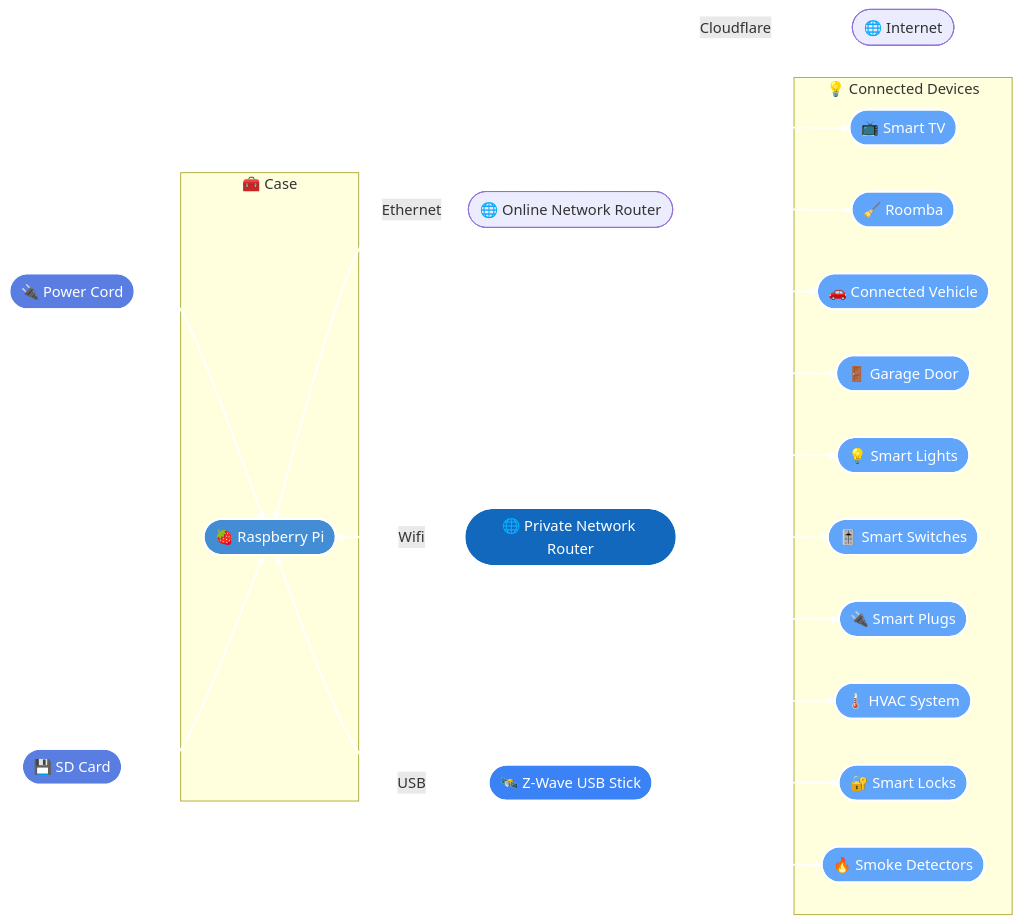
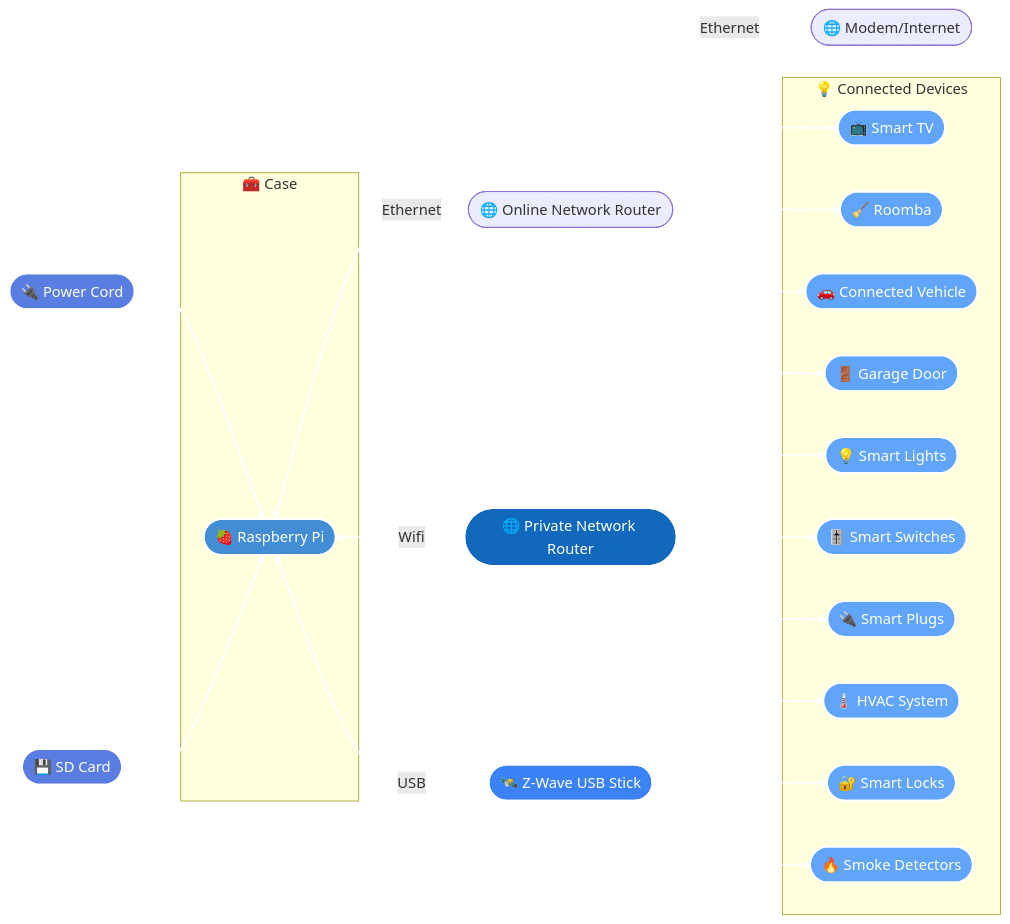
One commit to lauren-cordova/home-assistant changed the diagram in README.md. Above: the diagram before and after it, drawn with Mermaid.

````diff
--- a/README.md
+++ b/README.md
@@ -24,56 +24,56 @@
 ```mermaid
 flowchart LR
     PWR([🔌 Power Cord])
     SD([💾 SD Card])
     ONET([🌐 Online Network Router])
     NET([🌐 Private Network Router])
-    INET([🌐 Internet])
+    INET([🌐 Modem/Internet])
     ZW(["🛰️ Z-Wave USB Stick"])
 
     subgraph Case [🧰 Case]
         PI(["🍓 Raspberry Pi"])
     end
 
     subgraph Devices [💡 Connected Devices]
         Lights([💡 Smart Lights])
         Switches([🎚️ Smart Switches])
         Locks([🔐 Smart Locks])
         Garage([🚪 Garage Door])
         TV([📺 Smart TV])
         HVAC([🌡️ HVAC System])
         Smoke([🔥 Smoke Detectors])
         Plugs([🔌 Smart Plugs])
         Roomba([🧹 Roomba])
         CV([🚗 Connected Vehicle])
     end
 
     PWR --> PI
     SD --> PI
     PI <--> |Ethernet| ONET
     PI <--> |Wifi| NET
     PI <--> |USB| ZW
-    ONET <--> |Cloudflare| INET
+    ONET <--> |Ethernet| INET
 
     ONET <--> TV
     ONET <--> Roomba
     ONET <--> CV
     ZW <--> HVAC
 
     NET <--> Lights
     NET <--> Switches
     ZW <--> Locks
     ONET <--> Garage
     ZW <--> Smoke
     NET <--> Plugs
 
     style PWR fill:#5a7de2,stroke:#fff,stroke-width:2px,color:#fff
     style SD fill:#5a7de2,stroke:#fff,stroke-width:2px,color:#fff
     style PI fill:#438dd5,stroke:#fff,stroke-width:2px,color:#fff
     style NET fill:#1168bd,stroke:#fff,stroke-width:2px,color:#fff
     style ZW fill:#3b82f6,stroke:#fff,stroke-width:2px,color:#fff
 
     classDef device fill:#60a5fa,stroke:#fff,stroke-width:2px,color:#fff
     class Lights,Switches,Locks,Garage,TV,HVAC,Smoke,Plugs,Roomba,CV device
 
     linkStyle default stroke:#fff,stroke-width:2px
 ```
````
